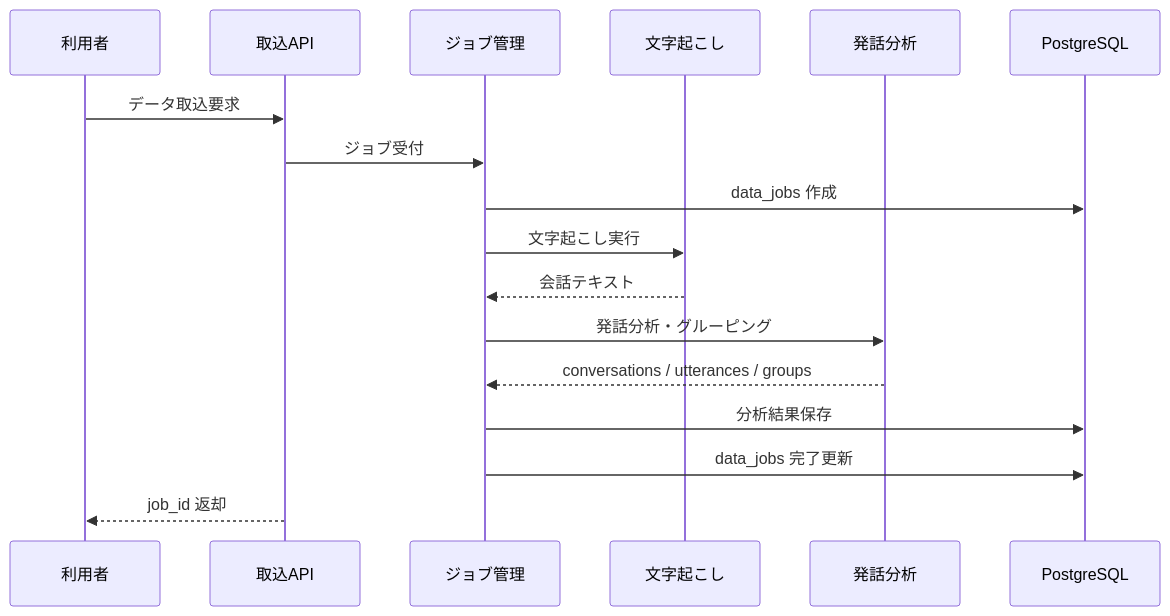
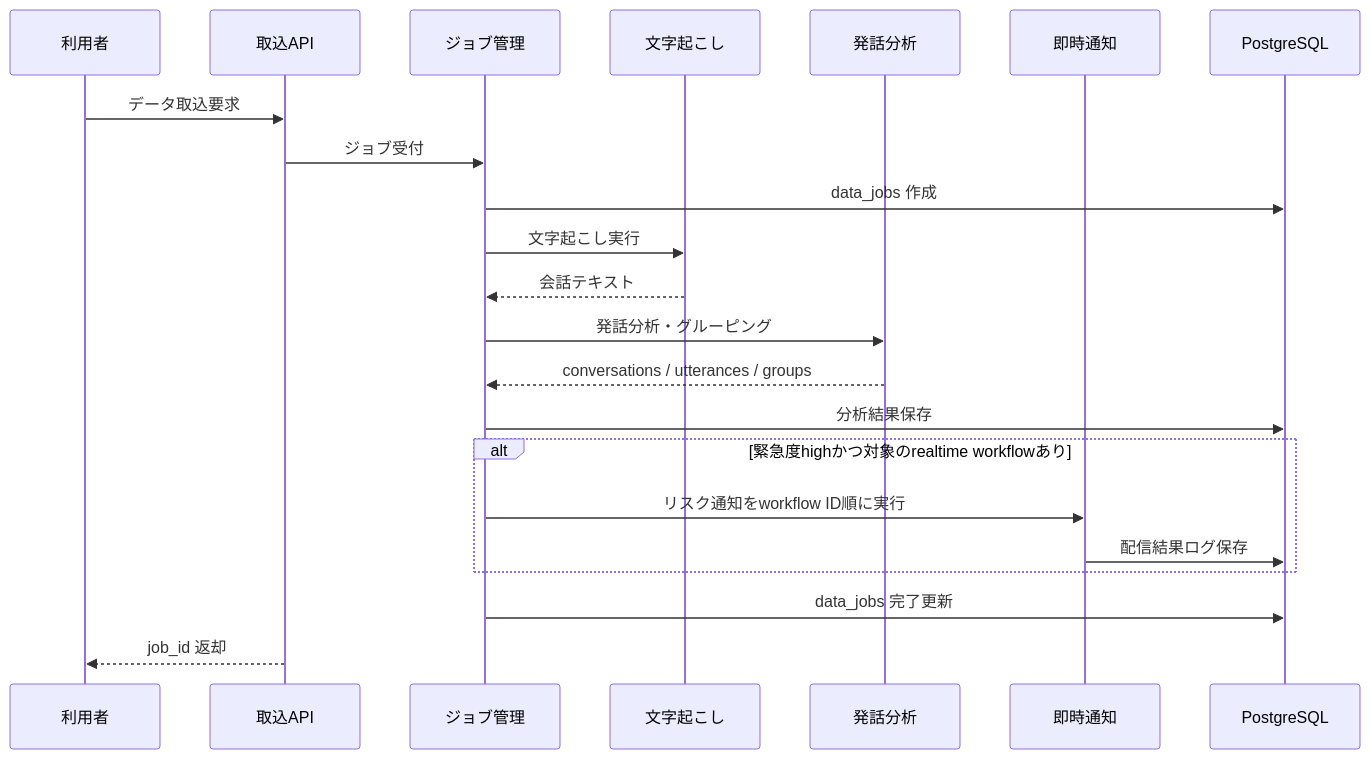
The second of 3 diagrams in category/StudyAI/doc/basic_design/system14_basic_design.md (colorlessno/study-hub), drawn with Mermaid before and after one commit. The commit also changed other lines of this file and 15 other files, not shown here.

````diff
--- a/category/StudyAI/doc/basic_design/system14_basic_design.md
+++ b/category/StudyAI/doc/basic_design/system14_basic_design.md
@@ -348,20 +353,25 @@
 ```mermaid
 sequenceDiagram
     participant U as 利用者
     participant API as 取込API
     participant JM as ジョブ管理
     participant STT as 文字起こし
     participant AN as 発話分析
+    participant WF as 即時通知
     participant DB as PostgreSQL
 
     U->>API: データ取込要求
     API->>JM: ジョブ受付
     JM->>DB: data_jobs 作成
     JM->>STT: 文字起こし実行
     STT-->>JM: 会話テキスト
     JM->>AN: 発話分析・グルーピング
     AN-->>JM: conversations / utterances / groups
     JM->>DB: 分析結果保存
+    alt 緊急度highかつ対象のrealtime workflowあり
+        JM->>WF: リスク通知をworkflow ID順に実行
+        WF->>DB: 配信結果ログ保存
+    end
     JM->>DB: data_jobs 完了更新
     API-->>U: job_id 返却
 ```
````
